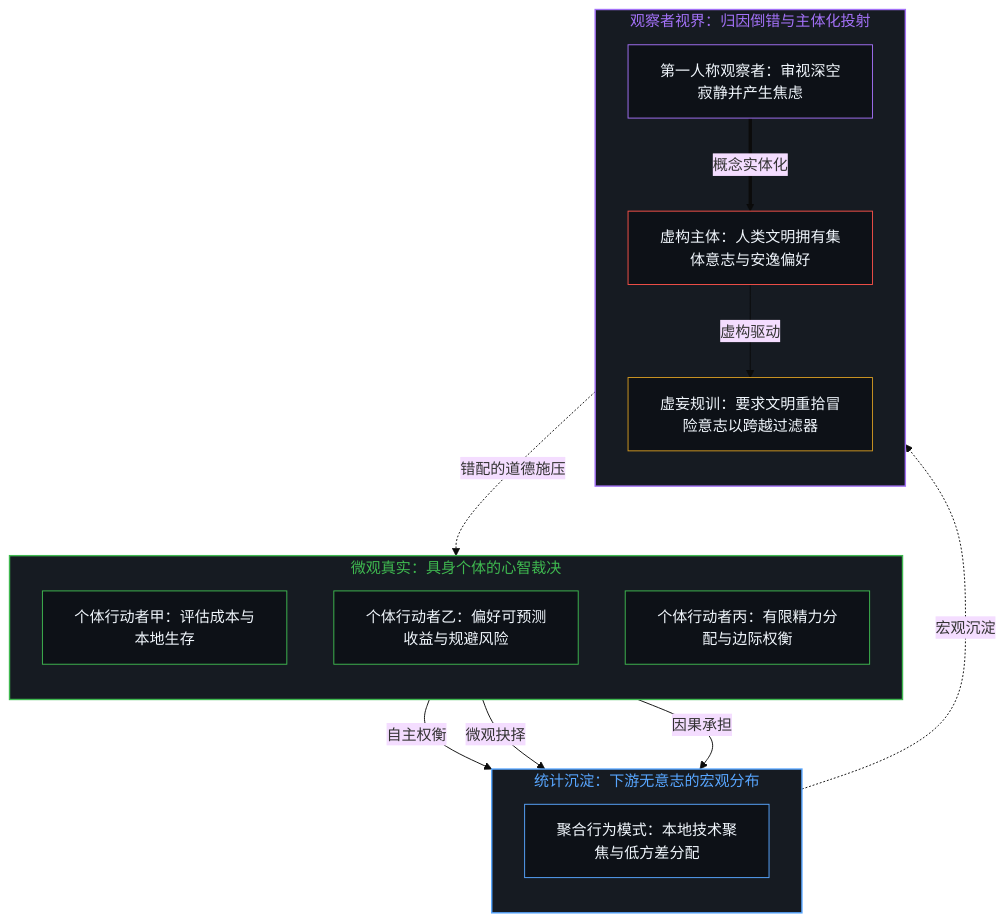
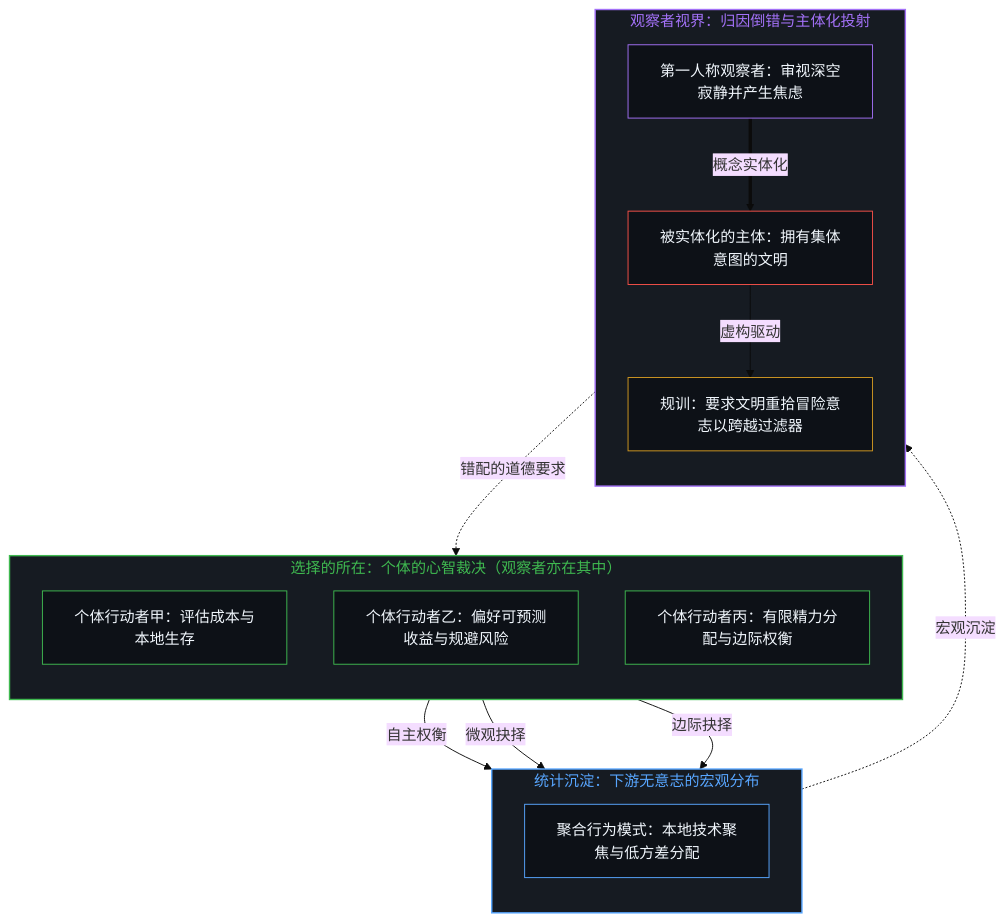
Before and after one commit to powerpig99/not-a-toe: the first of 6 diagrams in content/posts/the-fermi-paradox-reified-agency-and-the-great-filter.md, drawn with Mermaid (base theme). The commit also changed other lines of this file and 1 other file, not shown here.

````diff
--- a/content/posts/the-fermi-paradox-reified-agency-and-the-great-filter.md
+++ b/content/posts/the-fermi-paradox-reified-agency-and-the-great-filter.md
@@ -21,42 +21,42 @@
 ```mermaid
 flowchart TD
-    subgraph S_Micro ["微观真实：具身个体的心智裁决"]
+    subgraph S_Micro ["选择的所在：个体的心智裁决（观察者亦在其中）"]
         direction TB
         I1["个体行动者甲：评估成本与本地生存"]
         I2["个体行动者乙：偏好可预测收益与规避风险"]
         I3["个体行动者丙：有限精力分配与边际权衡"]
     end
 
     subgraph S_Macro ["统计沉淀：下游无意志的宏观分布"]
         direction TB
         AD["聚合行为模式：本地技术聚焦与低方差分配"]
     end
 
     subgraph S_Observer ["观察者视界：归因倒错与主体化投射"]
         direction TB
         OBS["第一人称观察者：审视深空寂静并产生焦虑"]
-        GHOST["虚构主体：人类文明拥有集体意志与安逸偏好"]
-        REQ["虚妄规训：要求文明重拾冒险意志以跨越过滤器"]
+        GHOST["被实体化的主体：拥有集体意图的文明"]
+        REQ["规训：要求文明重拾冒险意志以跨越过滤器"]
     end
 
     I1 -->|"自主权衡"| AD
     I2 -->|"微观抉择"| AD
-    I3 -->|"因果承担"| AD
+    I3 -->|"边际抉择"| AD
 
     AD -.->|"宏观沉淀"| OBS
     OBS ==>|"概念实体化"| GHOST
     GHOST -->|"虚构驱动"| REQ
-    REQ -.->|"错配的道德施压"| S_Micro
+    REQ -.->|"错配的道德要求"| S_Micro
 
     style S_Micro fill:#161b22,stroke:#3fb950,stroke-width:1.5px,color:#3fb950
     style S_Macro fill:#161b22,stroke:#58a6ff,stroke-width:1.5px,color:#58a6ff
     style S_Observer fill:#161b22,stroke:#a371f7,stroke-width:1.5px,color:#a371f7
 
     style I1 fill:#0d1117,stroke:#3fb950,stroke-width:1px,color:#f0f6fc
     style I2 fill:#0d1117,stroke:#3fb950,stroke-width:1px,color:#f0f6fc
     style I3 fill:#0d1117,stroke:#3fb950,stroke-width:1px,color:#f0f6fc
     style AD fill:#0d1117,stroke:#58a6ff,stroke-width:1px,color:#f0f6fc
     style OBS fill:#0d1117,stroke:#a371f7,stroke-width:1px,color:#f0f6fc
     style GHOST fill:#0d1117,stroke:#f85149,stroke-width:1px,color:#f0f6fc
     style REQ fill:#0d1117,stroke:#d29922,stroke-width:1px,color:#f0f6fc
 ```
````
